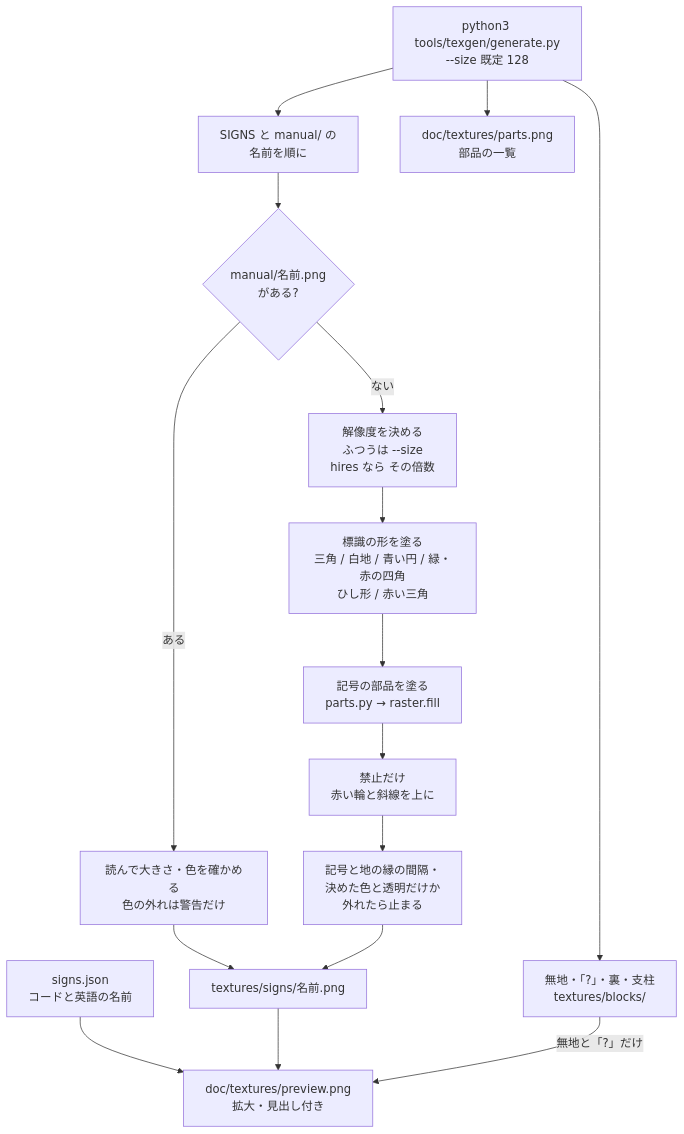
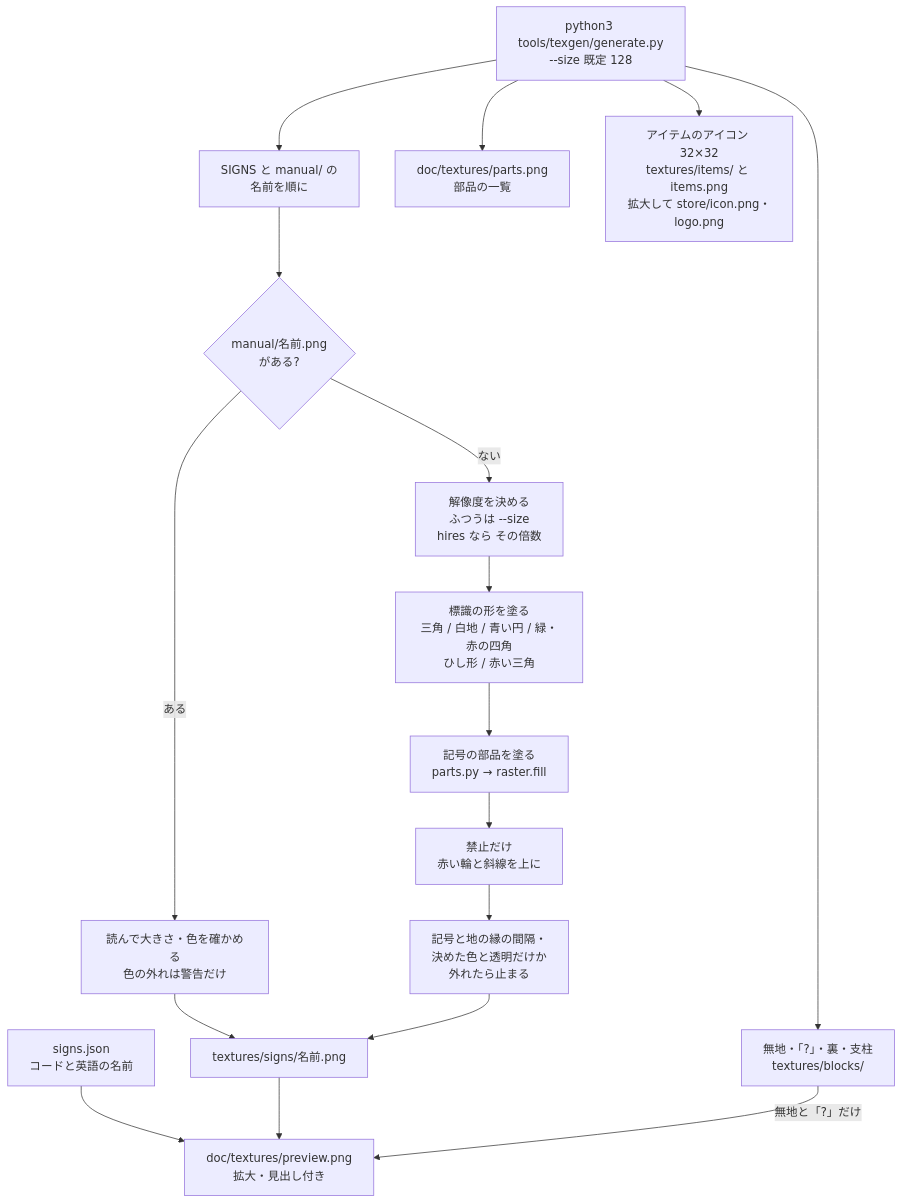
One commit to zeusisgood/safetysigns changed the diagram in doc/diagrams/texture-generation.md. Above: the diagram before and after it, drawn with Mermaid. The commit also changed other lines of this file and 20 other files, not shown here.

````diff
--- a/doc/diagrams/texture-generation.md
+++ b/doc/diagrams/texture-generation.md
@@ -11,18 +12,19 @@
 ```mermaid
 flowchart TD
     Run["python3 tools/texgen/generate.py<br/>--size 既定 128"] --> Each["SIGNS と manual/ の<br/>名前を順に"]
     Each --> Manual{"manual/名前.png<br/>がある?"}
     Manual -- ある --> Load["読んで大きさ・色を確かめる<br/>色の外れは警告だけ"]
     Manual -- ない --> Size["解像度を決める<br/>ふつうは --size<br/>hires なら その倍数"]
     Size --> Frame["標識の形を塗る<br/>三角 / 白地 / 青い円 / 緑・赤の四角<br/>ひし形 / 赤い三角"]
     Frame --> Symbol["記号の部品を塗る<br/>parts.py → raster.fill"]
     Symbol --> Slash["禁止だけ<br/>赤い輪と斜線を上に"]
     Slash --> Check["記号と地の縁の間隔・<br/>決めた色と透明だけか<br/>外れたら止まる"]
     Load --> Save["textures/signs/名前.png"]
     Check --> Save
     Run --> Blocks["無地・「?」・裏・支柱<br/>textures/blocks/"]
     Defs["signs.json<br/>コードと英語の名前"] --> Preview
     Save --> Preview["doc/textures/preview.png<br/>拡大・見出し付き"]
     Blocks -- 無地と「?」だけ --> Preview
     Run --> Parts["doc/textures/parts.png<br/>部品の一覧"]
+    Run --> Items["アイテムのアイコン 32×32<br/>textures/items/ と items.png<br/>拡大して store/icon.png・logo.png"]
 ```
````
